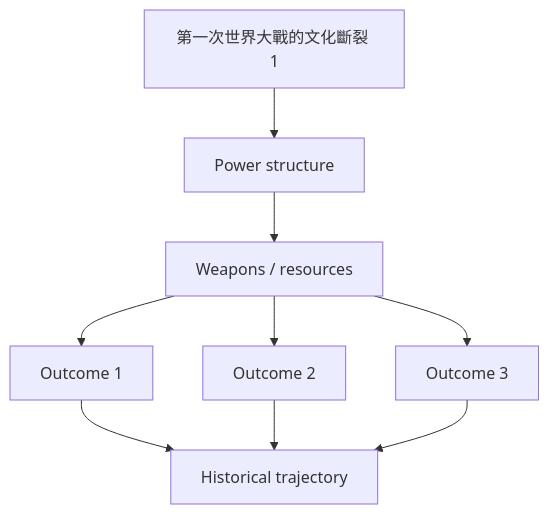
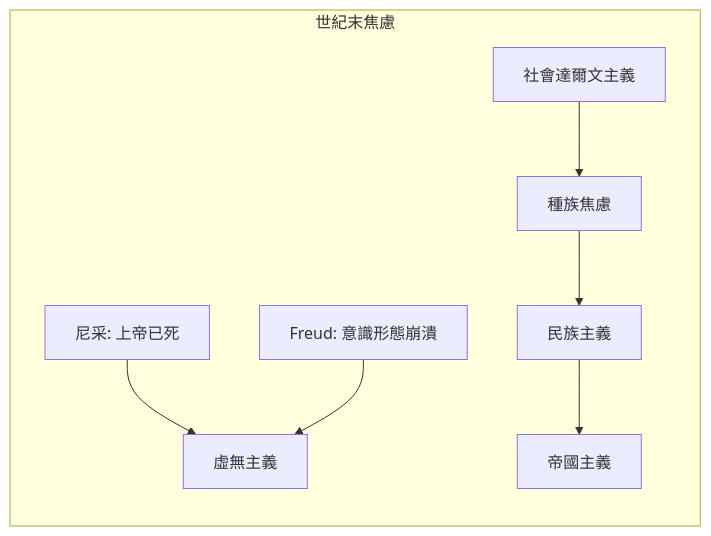
The second of 10 diagrams in 01_HKU_Courses/HIST2063_Europe_and_modernity.md (yip-lgtm/HKU-Harvard-History-Self-Study), drawn with Mermaid before and after one commit. The commit also changed other lines of this file and 48 other files, not shown here.

````diff
--- a/01_HKU_Courses/HIST2063_Europe_and_modernity.md
+++ b/01_HKU_Courses/HIST2063_Europe_and_modernity.md
@@ -146,11 +173,10 @@
 ```mermaid
-graph TD
-    A[第一次世界大戰的文化斷裂 1] --> B[Power structure]
-    B --> C[Weapons / resources]
-    C --> D[Outcome 1]
-    C --> E[Outcome 2]
-    C --> F[Outcome 3]
-    D --> G[Historical trajectory]
-    E --> G
-    F --> G
+flowchart LR
+    subgraph "世紀末焦慮"
+        A[尼采: 上帝已死] --> D[虛無主義]
+        B[Freud: 意識形態崩潰] --> D
+        C[社會達爾文主義] --> E[種族焦慮]
+        E --> F[民族主義]
+        F --> G[帝國主義]
+    end
 ```
````
